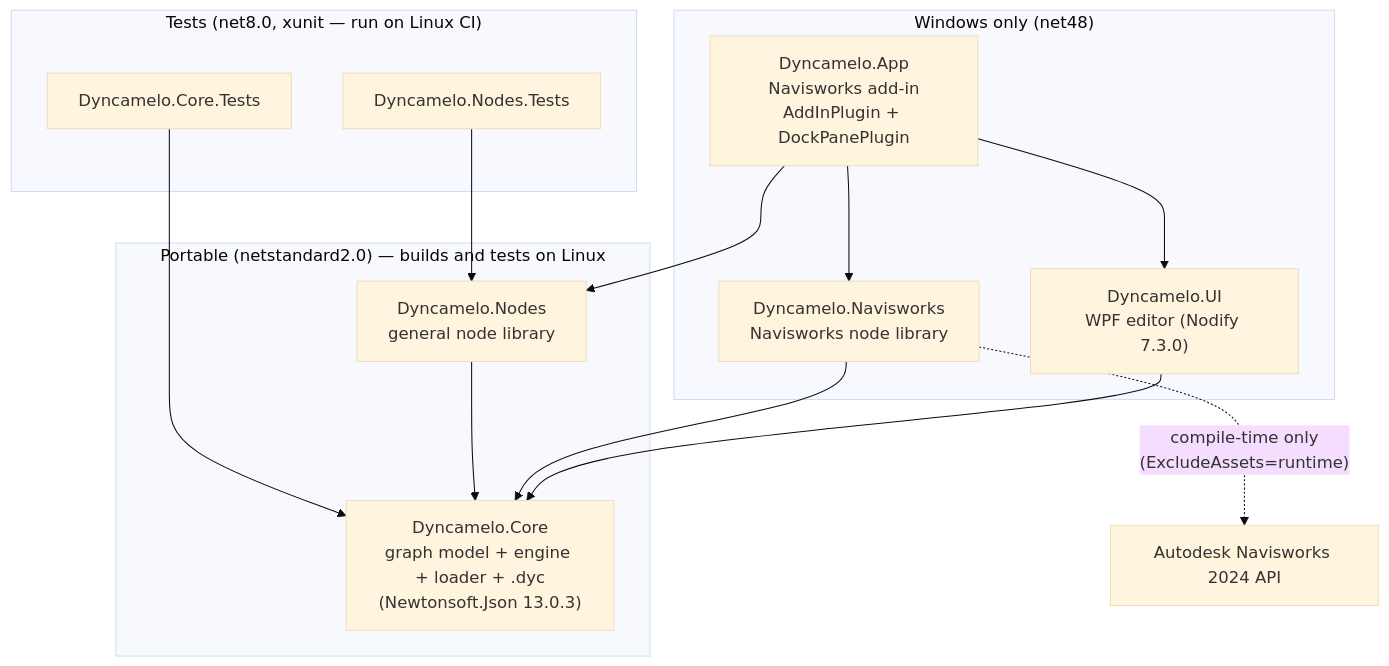
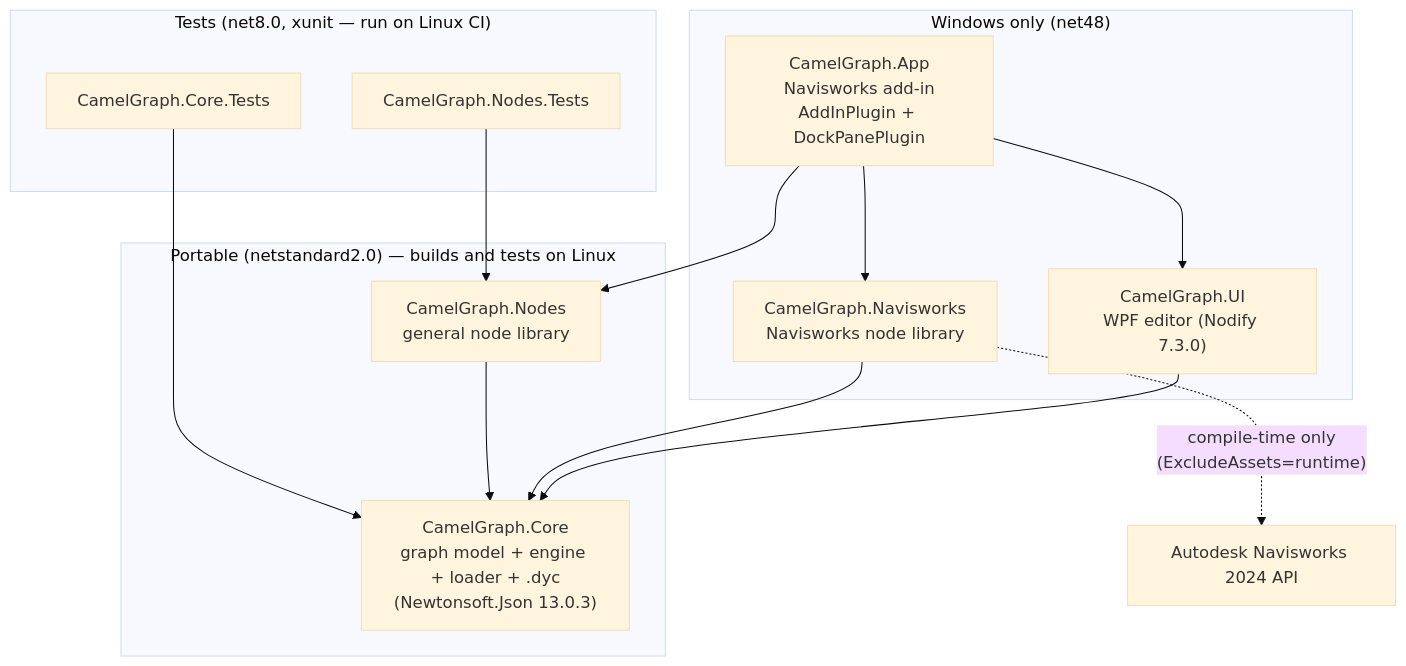
The first of 2 diagrams in docs/ARCHITECTURE.md (mrshoma99-rgb/Dyncamelo), drawn with Mermaid (base theme) before and after one commit. The commit also changed other lines of this file and 1232 other files, not shown here.

````diff
--- a/docs/ARCHITECTURE.md
+++ b/docs/ARCHITECTURE.md
@@ -11,28 +11,28 @@
 ```mermaid
 graph TD
     subgraph "Windows only (net48)"
-        APP["Dyncamelo.App<br/>Navisworks add-in<br/>AddInPlugin + DockPanePlugin"]
-        UI["Dyncamelo.UI<br/>WPF editor (Nodify 7.3.0)"]
-        NAV["Dyncamelo.Navisworks<br/>Navisworks node library"]
+        APP["CamelGraph.App<br/>Navisworks add-in<br/>AddInPlugin + DockPanePlugin"]
+        UI["CamelGraph.UI<br/>WPF editor (Nodify 7.3.0)"]
+        NAV["CamelGraph.Navisworks<br/>Navisworks node library"]
     end
     subgraph "Portable (netstandard2.0) — builds and tests on Linux"
-        NODES["Dyncamelo.Nodes<br/>general node library"]
-        CORE["Dyncamelo.Core<br/>graph model + engine + loader + .dyc<br/>(Newtonsoft.Json 13.0.3)"]
+        NODES["CamelGraph.Nodes<br/>general node library"]
+        CORE["CamelGraph.Core<br/>graph model + engine + loader + .dyc<br/>(Newtonsoft.Json 13.0.3)"]
     end
     subgraph "Tests (net8.0, xunit — run on Linux CI)"
-        CT["Dyncamelo.Core.Tests"]
-        NT["Dyncamelo.Nodes.Tests"]
+        CT["CamelGraph.Core.Tests"]
+        NT["CamelGraph.Nodes.Tests"]
     end
 
     APP --> UI
     APP --> NAV
     APP --> NODES
     UI --> CORE
     NAV --> CORE
     NODES --> CORE
     CT --> CORE
     NT --> NODES
 
     NWAPI["Autodesk Navisworks 2024 API"]
     NAV -. "compile-time only<br/>(ExcludeAssets=runtime)" .-> NWAPI
 ```
````
